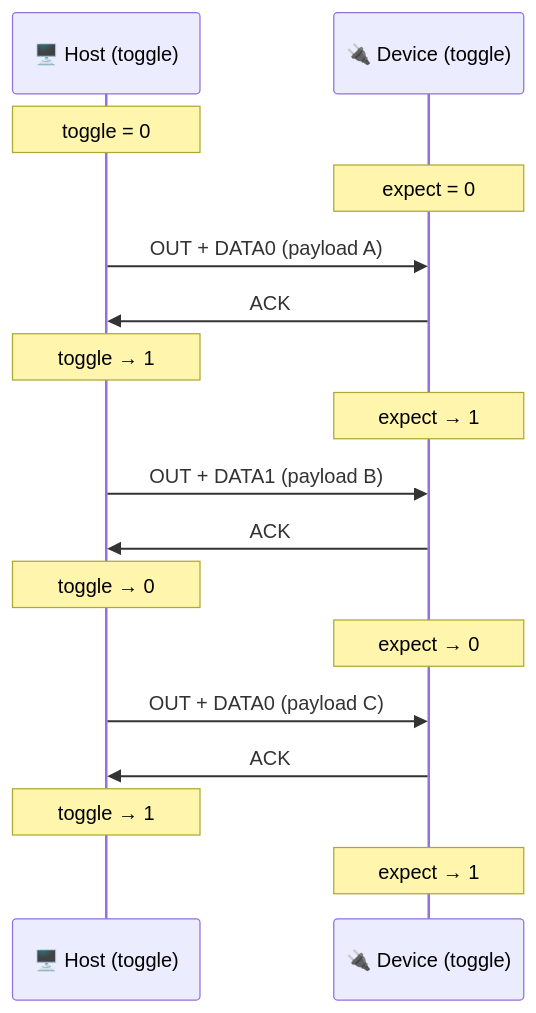
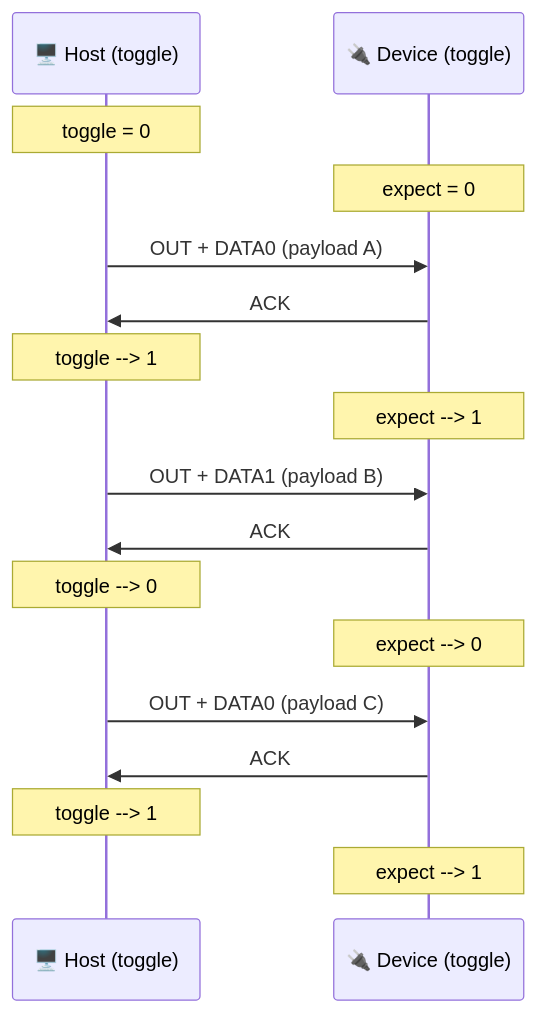
One commit to Leminuos/tutorials changed the fourth of 9 diagrams in Embedded/6. USB/6. usb protocol/README.md. Above: the diagram before and after it, drawn with Mermaid. The commit also changed other lines of this file and 5 other files, not shown here.

````diff
--- a/Embedded/6. USB/6. usb protocol/README.md
+++ b/Embedded/6. USB/6. usb protocol/README.md
@@ -205,23 +205,23 @@
 ```mermaid
 sequenceDiagram
     participant H as 🖥️ Host (toggle)
     participant D as 🔌 Device (toggle)
 
     Note over H: toggle = 0
     Note over D: expect = 0
 
     H->>D: OUT + DATA0 (payload A)
     D->>H: ACK
-    Note over H: toggle → 1
-    Note over D: expect → 1
+    Note over H: toggle --> 1
+    Note over D: expect --> 1
 
     H->>D: OUT + DATA1 (payload B)
     D->>H: ACK
-    Note over H: toggle → 0
-    Note over D: expect → 0
+    Note over H: toggle --> 0
+    Note over D: expect --> 0
 
     H->>D: OUT + DATA0 (payload C)
     D->>H: ACK
-    Note over H: toggle → 1
-    Note over D: expect → 1
+    Note over H: toggle --> 1
+    Note over D: expect --> 1
 ```
````
